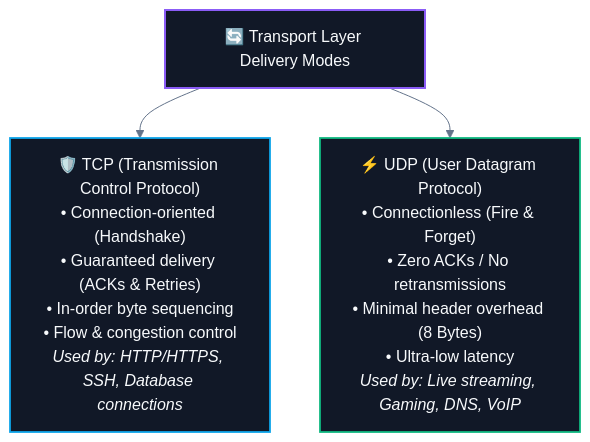
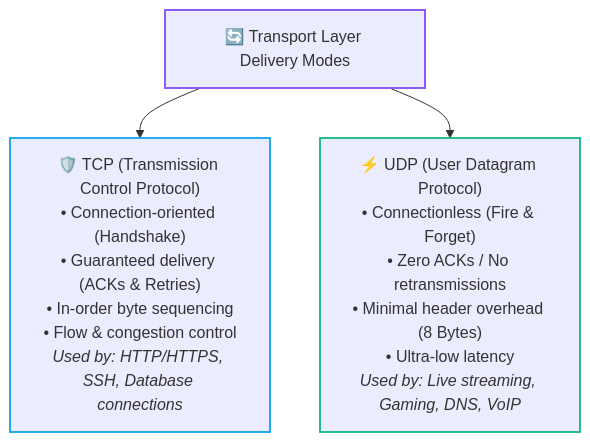
The third of 4 diagrams in CS/Computer Networking/02. Data Flow & Encapsulation/03. Data Units - Segment, Packet, Frame, Bits.md (abhinavbharti2345/CS_Notes), drawn with Mermaid before and after one commit. The commit also changed other lines of this file and 91 other files, not shown here.

````diff
--- a/CS/Computer Networking/02. Data Flow & Encapsulation/03. Data Units - Segment, Packet, Frame, Bits.md
+++ b/CS/Computer Networking/02. Data Flow & Encapsulation/03. Data Units - Segment, Packet, Frame, Bits.md
@@ -110,16 +108,15 @@
 ```mermaid
-%%{init: {'theme': 'base', 'themeVariables': { 'darkMode': true, 'background': '#0B0F14', 'mainBkg': '#111827', 'primaryColor': '#111827', 'primaryTextColor': '#F8FAFC', 'primaryBorderColor': '#38BDF8', 'lineColor': '#64748B', 'secondaryColor': '#0B0F14', 'tertiaryColor': '#0B0F14', 'clusterBkg': '#0B0F14', 'clusterBorder': '#38BDF8' }}}%%
 flowchart TD
     TL["🔄 Transport Layer Delivery Modes"]
     
     TL --> TCP["🛡️ TCP (Transmission Control Protocol)<br/>• Connection-oriented (Handshake)<br/>• Guaranteed delivery (ACKs & Retries)<br/>• In-order byte sequencing<br/>• Flow & congestion control<br/><i>Used by: HTTP/HTTPS, SSH, Database connections</i>"]
     
     TL --> UDP["⚡ UDP (User Datagram Protocol)<br/>• Connectionless (Fire & Forget)<br/>• Zero ACKs / No retransmissions<br/>• Minimal header overhead (8 Bytes)<br/>• Ultra-low latency<br/><i>Used by: Live streaming, Gaming, DNS, VoIP</i>"]
 
-    classDef root fill:#111827,stroke:#8b5cf6,stroke-width:2px,color:#F8FAFC;
-    classDef tcp fill:#111827,stroke:#0ea5e9,stroke-width:1.8px,color:#F8FAFC;
-    classDef udp fill:#111827,stroke:#10b981,stroke-width:1.8px,color:#F8FAFC;
+    classDef root stroke:#8b5cf6,stroke-width:2px;
+    classDef tcp stroke:#0ea5e9,stroke-width:1.8px;
+    classDef udp stroke:#10b981,stroke-width:1.8px;
     class TL root;
     class TCP tcp;
     class UDP udp;
 ```
````
